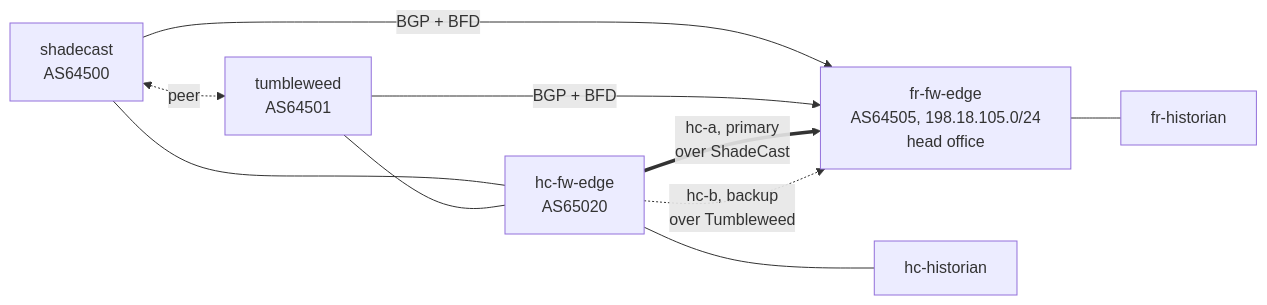
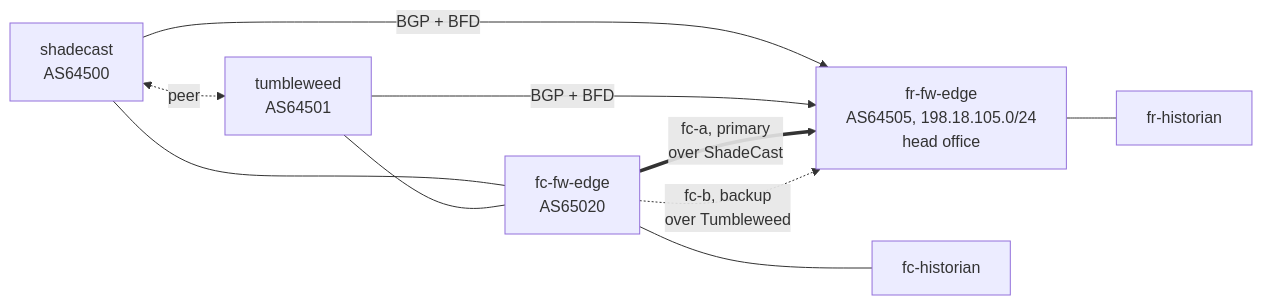
Before and after one commit to GhostofGoes/brew: the second of 2 diagrams in spikes/wan-bgp/README.md, drawn with Mermaid. The commit also changed other lines of this file and 35 other files, not shown here.

````diff
--- a/spikes/wan-bgp/README.md
+++ b/spikes/wan-bgp/README.md
@@ -297,18 +297,18 @@
 ```mermaid
 flowchart LR
   SC["shadecast<br/>AS64500"]
   TW["tumbleweed<br/>AS64501"]
   FR["fr-fw-edge<br/>AS64505, 198.18.105.0/24<br/>head office"]
-  HC["hc-fw-edge<br/>AS65020"]
+  FC["fc-fw-edge<br/>AS65020"]
   FH["fr-historian"]
-  HH["hc-historian"]
+  HH["fc-historian"]
   SC <-.->|peer| TW
   SC -->|"BGP + BFD"| FR
   TW -->|"BGP + BFD"| FR
-  SC --- HC
-  TW --- HC
-  HC ==>|"hc-a, primary<br/>over ShadeCast"| FR
-  HC -.->|"hc-b, backup<br/>over Tumbleweed"| FR
+  SC --- FC
+  TW --- FC
+  FC ==>|"fc-a, primary<br/>over ShadeCast"| FR
+  FC -.->|"fc-b, backup<br/>over Tumbleweed"| FR
   FR --- FH
-  HC --- HH
+  FC --- HH
 ```
````
